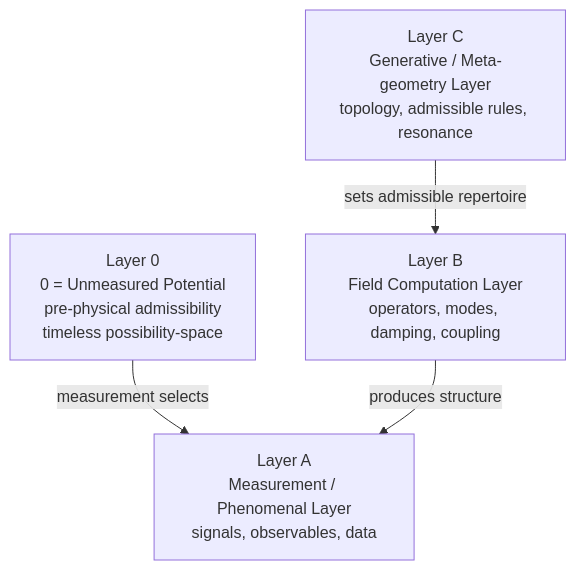
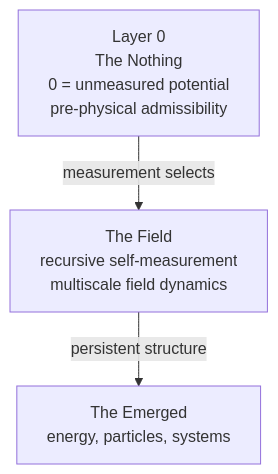
One commit to brojasonbrown-dotcom/brojasonbrown-dotcom changed the diagram in README.md. Above: the diagram before and after it, drawn with Mermaid. The commit also changed other lines of this file, not shown here.

Commit message:
Refine the profile README to faithfully reflect the multiscale field dynamics repo’s ontology and the rigor of Layer 0 / unmeasured potential

````diff
--- a/README.md
+++ b/README.md
@@ -33,11 +5,9 @@
 ```mermaid
 flowchart TD
-    L0["Layer 0<br/>0 = Unmeasured Potential<br/>pre-physical admissibility<br/>timeless possibility-space"]
-    A["Layer A<br/>Measurement / Phenomenal Layer<br/>signals, observables, data"]
-    B["Layer B<br/>Field Computation Layer<br/>operators, modes, damping, coupling"]
-    C["Layer C<br/>Generative / Meta-geometry Layer<br/>topology, admissible rules, resonance"]
+    N["Layer 0<br/>The Nothing<br/>0 = unmeasured potential<br/>pre-physical admissibility"]
+    F["The Field<br/>recursive self-measurement<br/>multiscale field dynamics"]
+    E["The Emerged<br/>energy, particles, systems"]
 
-    L0 -->|measurement selects| A
-    C -->|sets admissible repertoire| B
-    B -->|produces structure| A
+    N -->|measurement selects| F
+    F -->|persistent structure| E
 ```
````
